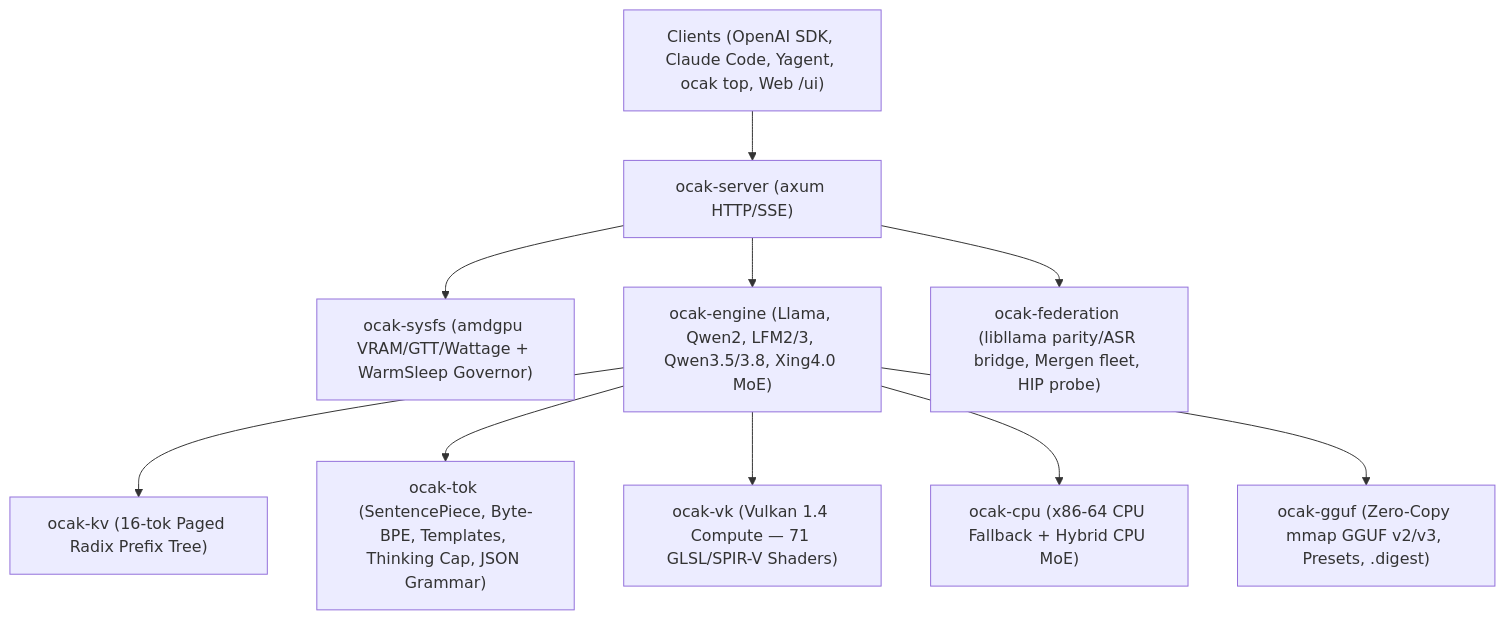
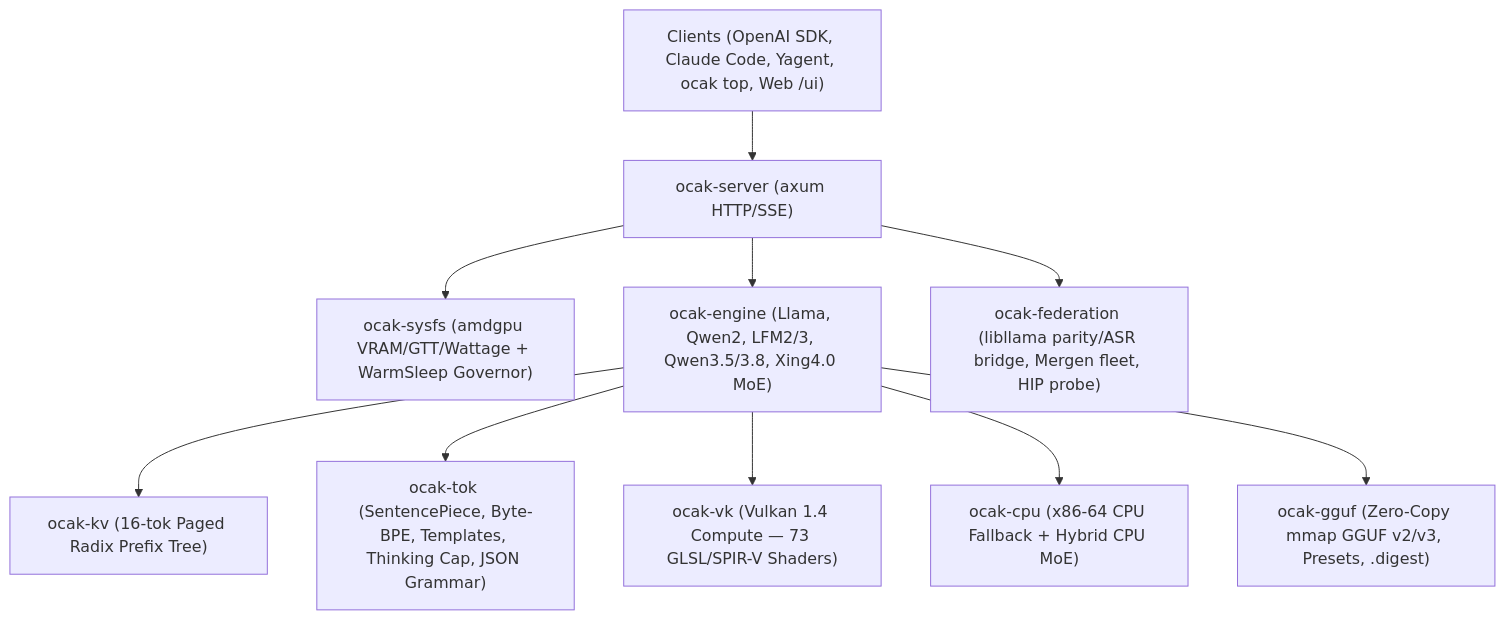
The diagram in README.md (Mechres/ocak), drawn with Mermaid before and after one commit. The commit also changed other lines of this file and 10 other files, not shown here.

````diff
--- a/README.md
+++ b/README.md
@@ -34,12 +34,12 @@
 ```mermaid
 flowchart TD
     Clients["Clients (OpenAI SDK, Claude Code, Yagent, ocak top, Web /ui)"] --> Server["ocak-server (axum HTTP/SSE)"]
     Server --> Gov["ocak-sysfs (amdgpu VRAM/GTT/Wattage + WarmSleep Governor)"]
     Server --> Engine["ocak-engine (Llama, Qwen2, LFM2/3, Qwen3.5/3.8, Xing4.0 MoE)"]
     Server --> Fed["ocak-federation (libllama parity/ASR bridge, Mergen fleet, HIP probe)"]
     Engine --> KV["ocak-kv (16-tok Paged Radix Prefix Tree)"]
     Engine --> Tok["ocak-tok (SentencePiece, Byte-BPE, Templates, Thinking Cap, JSON Grammar)"]
-    Engine --> VK["ocak-vk (Vulkan 1.4 Compute — 71 GLSL/SPIR-V Shaders)"]
+    Engine --> VK["ocak-vk (Vulkan 1.4 Compute — 73 GLSL/SPIR-V Shaders)"]
     Engine --> CPU["ocak-cpu (x86-64 CPU Fallback + Hybrid CPU MoE)"]
     Engine --> GGUF["ocak-gguf (Zero-Copy mmap GGUF v2/v3, Presets, .digest)"]
 ```
````
